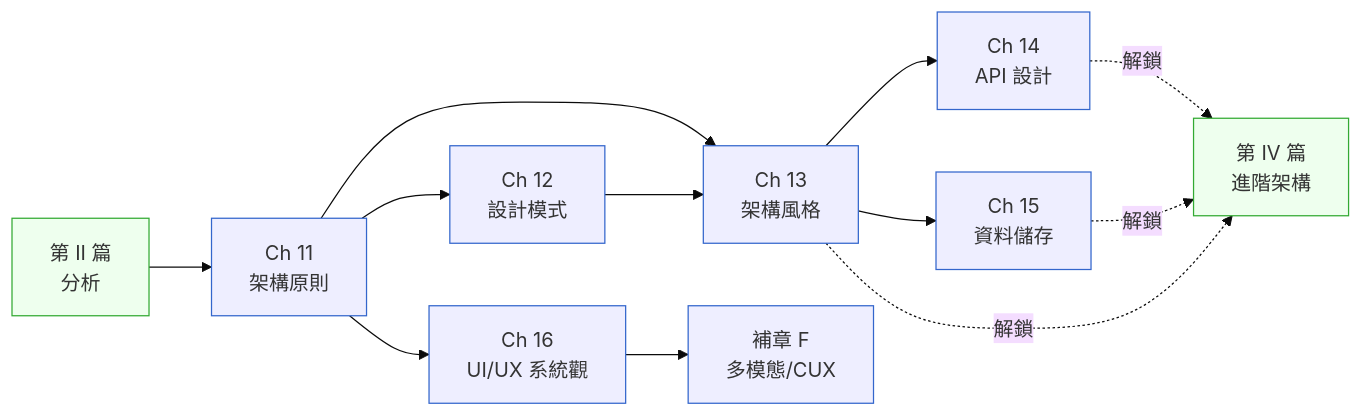
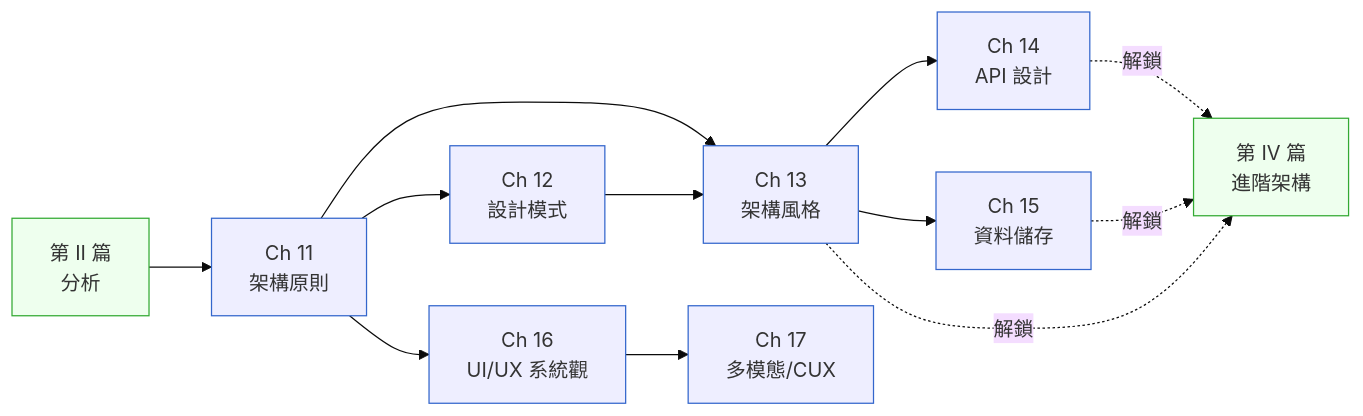
Before and after one commit to EddyKuo/sa-sd-playbook: the diagram in book/part-03-design/00-overview.md, drawn with Mermaid (base theme). The commit also changed other lines of this file and 77 other files, not shown here.

````diff
--- a/book/part-03-design/00-overview.md
+++ b/book/part-03-design/00-overview.md
@@ -22,22 +22,22 @@
 ```mermaid
 flowchart LR
     II[第 II 篇<br/>分析] --> CH11
 
     CH11[Ch 11<br/>架構原則] --> CH12[Ch 12<br/>設計模式]
     CH11 --> CH13[Ch 13<br/>架構風格]
     CH12 --> CH13
     CH13 --> CH14[Ch 14<br/>API 設計]
     CH13 --> CH15[Ch 15<br/>資料儲存]
     CH11 --> CH16[Ch 16<br/>UI/UX 系統觀]
-    CH16 --> CHF[補章 F<br/>多模態/CUX]
+    CH16 --> CHF[Ch 17<br/>多模態/CUX]
 
     CH14 -.解鎖.-> IV[第 IV 篇<br/>進階架構]
     CH15 -.解鎖.-> IV
     CH13 -.解鎖.-> IV
 
     classDef cold fill:#eef,stroke:#36c
     classDef goal fill:#efe,stroke:#3a3
     class CH11,CH12,CH13,CH14,CH15,CH16,CHF cold
     class IV goal
     class II goal
 ```
````
